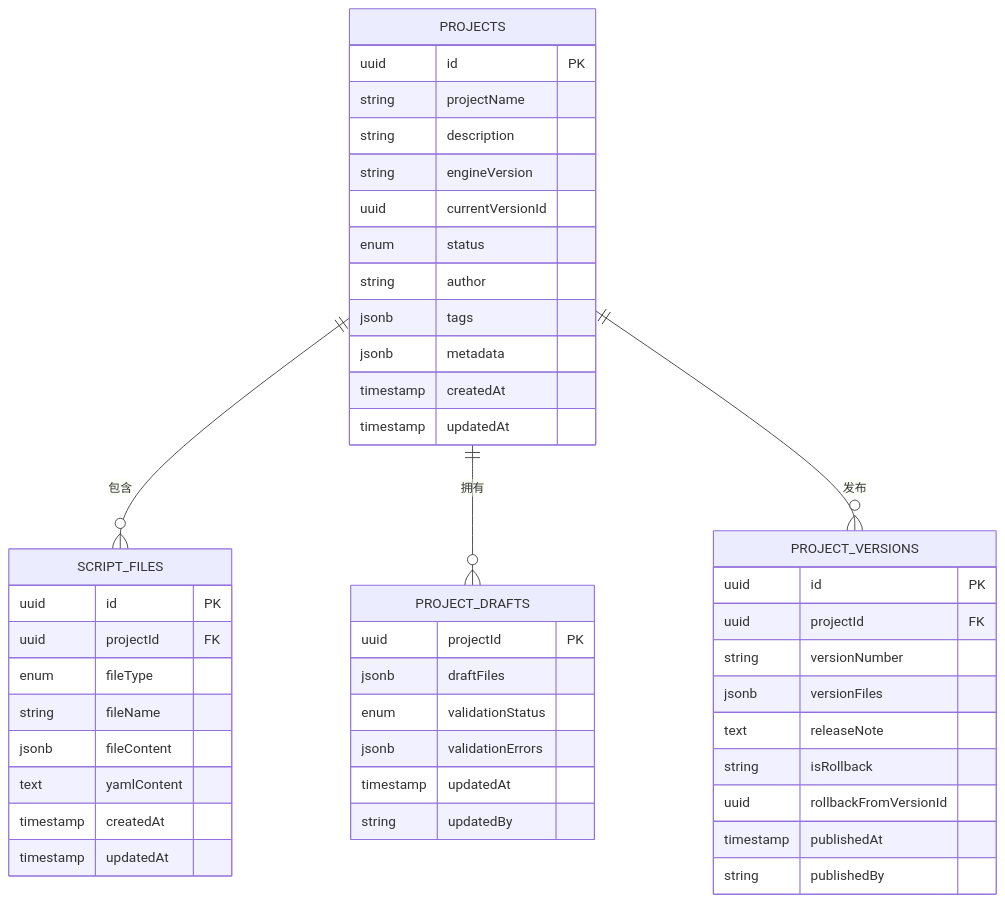
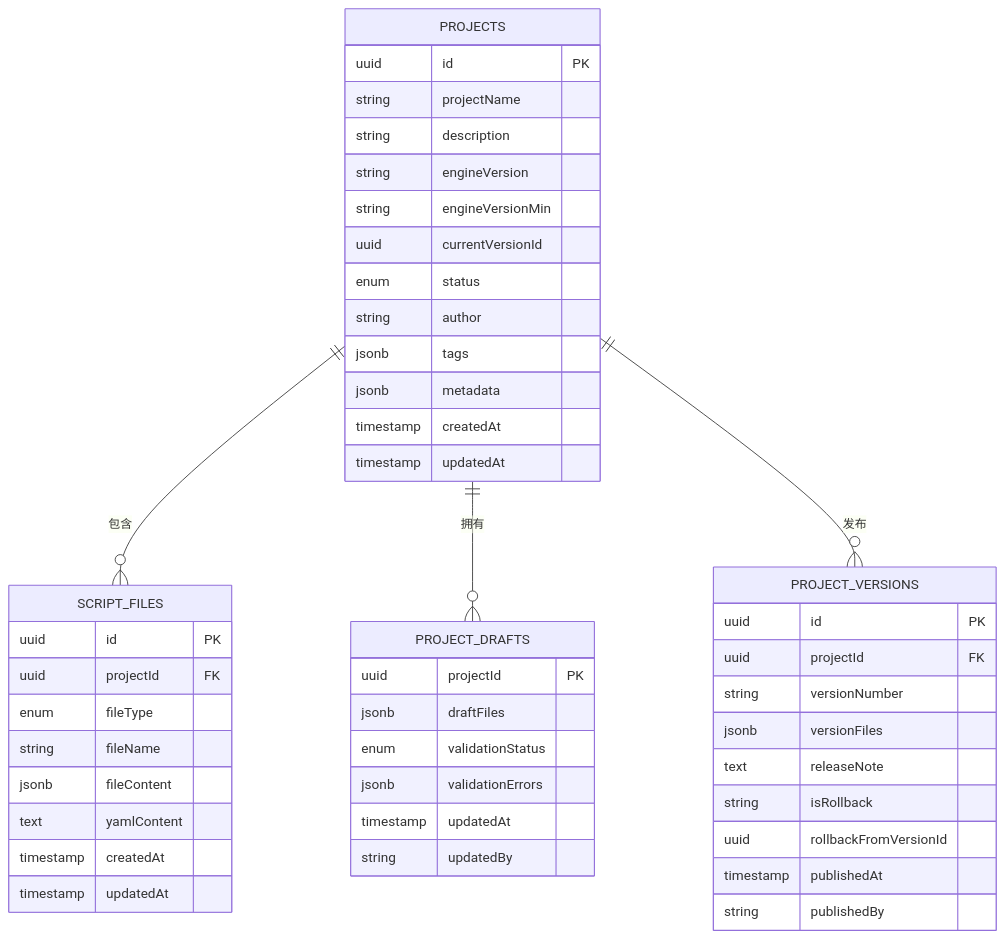
Before and after one commit to EverettCamus/HeartRule-Qoder: the second of 6 diagrams in .qoder/repowiki/zh/content/API接口文档/版本控制API.md, drawn with Mermaid. The commit also changed other lines of this file and 40 other files, not shown here.

````diff
--- a/.qoder/repowiki/zh/content/API接口文档/版本控制API.md
+++ b/.qoder/repowiki/zh/content/API接口文档/版本控制API.md
@@ -80,48 +83,49 @@
 ```mermaid
 erDiagram
 PROJECTS {
 uuid id PK
 string projectName
 string description
 string engineVersion
+string engineVersionMin
 uuid currentVersionId
 enum status
 string author
 jsonb tags
 jsonb metadata
 timestamp createdAt
 timestamp updatedAt
 }
 SCRIPT_FILES {
 uuid id PK
 uuid projectId FK
 enum fileType
 string fileName
 jsonb fileContent
 text yamlContent
 timestamp createdAt
 timestamp updatedAt
 }
 PROJECT_DRAFTS {
 uuid projectId PK
 jsonb draftFiles
 enum validationStatus
 jsonb validationErrors
 timestamp updatedAt
 string updatedBy
 }
 PROJECT_VERSIONS {
 uuid id PK
 uuid projectId FK
 string versionNumber
 jsonb versionFiles
 text releaseNote
 string isRollback
 uuid rollbackFromVersionId
 timestamp publishedAt
 string publishedBy
 }
 PROJECTS ||--o{ SCRIPT_FILES : "包含"
 PROJECTS ||--o{ PROJECT_DRAFTS : "拥有"
 PROJECTS ||--o{ PROJECT_VERSIONS : "发布"
 ```
````
